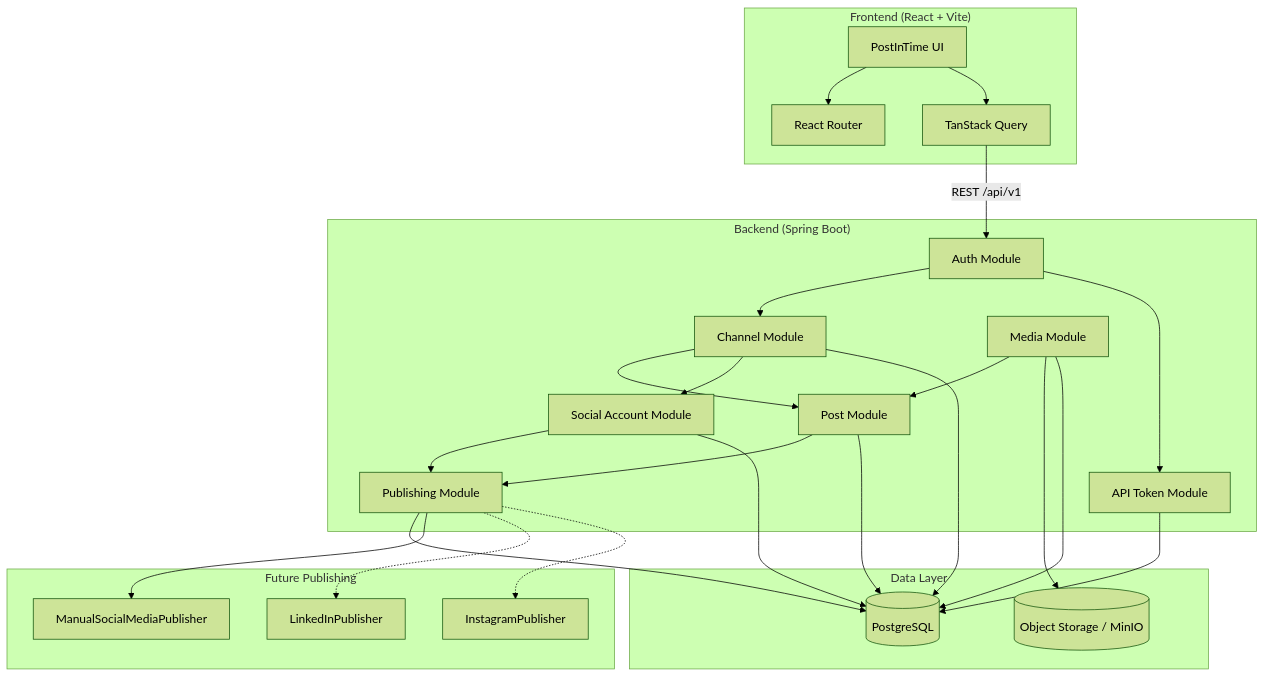
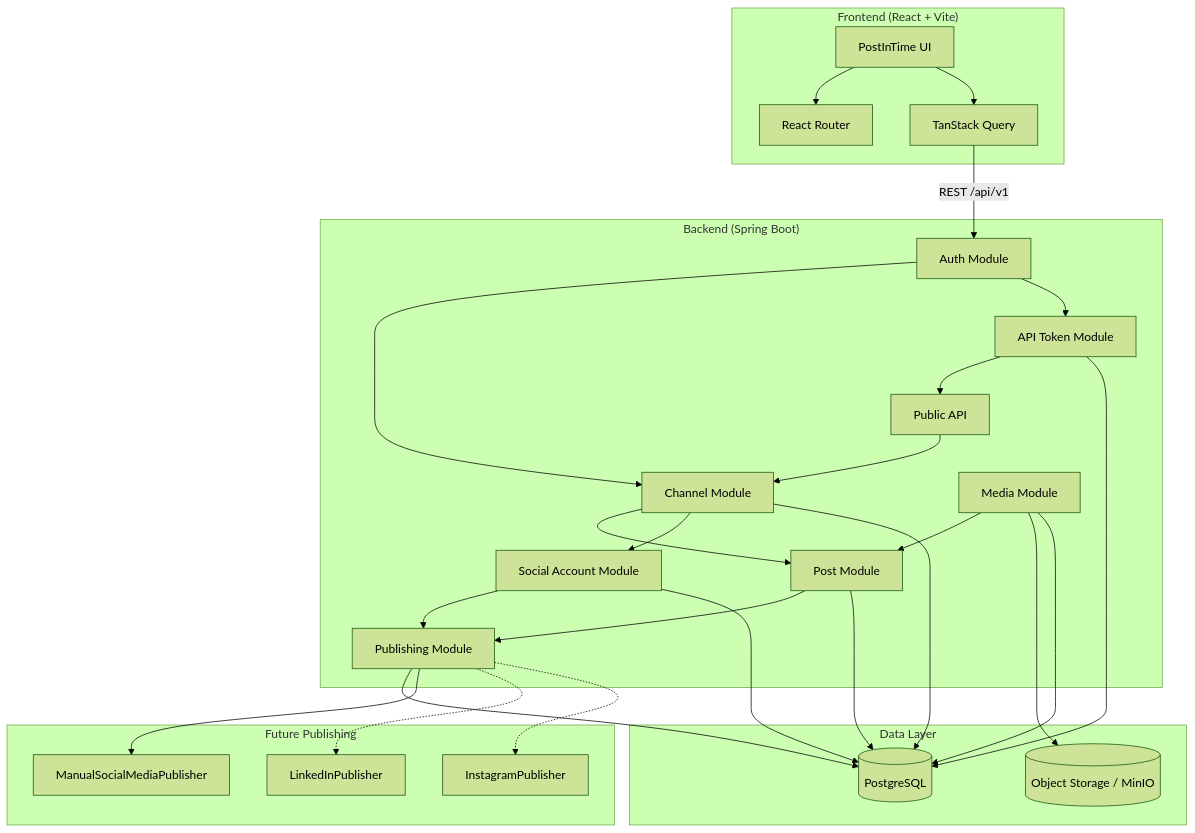
The diagram in product-architecture-flowchart.mmd (anushibinj/postintime), drawn with Mermaid (forest theme) before and after one commit. The commit also changed 4 other files, not shown here.

Commit message:
Add a public GET API to list a user's channels with API-token auth.

```diff
--- a/product-architecture-flowchart.mmd
+++ b/product-architecture-flowchart.mmd
@@ -1,48 +1,51 @@
 flowchart TB
     subgraph Client["Frontend (React + Vite)"]
         UI[PostInTime UI]
         Router[React Router]
         Query[TanStack Query]
         UI --> Router
         UI --> Query
     end
 
     subgraph API["Backend (Spring Boot)"]
         Auth[Auth Module]
         ApiTokens[API Token Module]
         Channels[Channel Module]
         Posts[Post Module]
         Media[Media Module]
         Social[Social Account Module]
         Publishing[Publishing Module]
+        Public[Public API]
         Auth --> Channels
         Auth --> ApiTokens
+        ApiTokens --> Public
+        Public --> Channels
         Channels --> Posts
         Channels --> Social
         Posts --> Publishing
         Social --> Publishing
         Media --> Posts
     end
 
     subgraph Data["Data Layer"]
         PG[(PostgreSQL)]
         Storage[(Object Storage / MinIO)]
     end
 
     Query -->|REST /api/v1| Auth
     ApiTokens --> PG
     Channels --> PG
     Posts --> PG
     Social --> PG
     Publishing --> PG
     Media --> Storage
     Media --> PG
 
     subgraph Future["Future Publishing"]
         Manual[ManualSocialMediaPublisher]
         LinkedIn[LinkedInPublisher]
         Instagram[InstagramPublisher]
         Publishing --> Manual
         Publishing -.-> LinkedIn
         Publishing -.-> Instagram
     end
```
